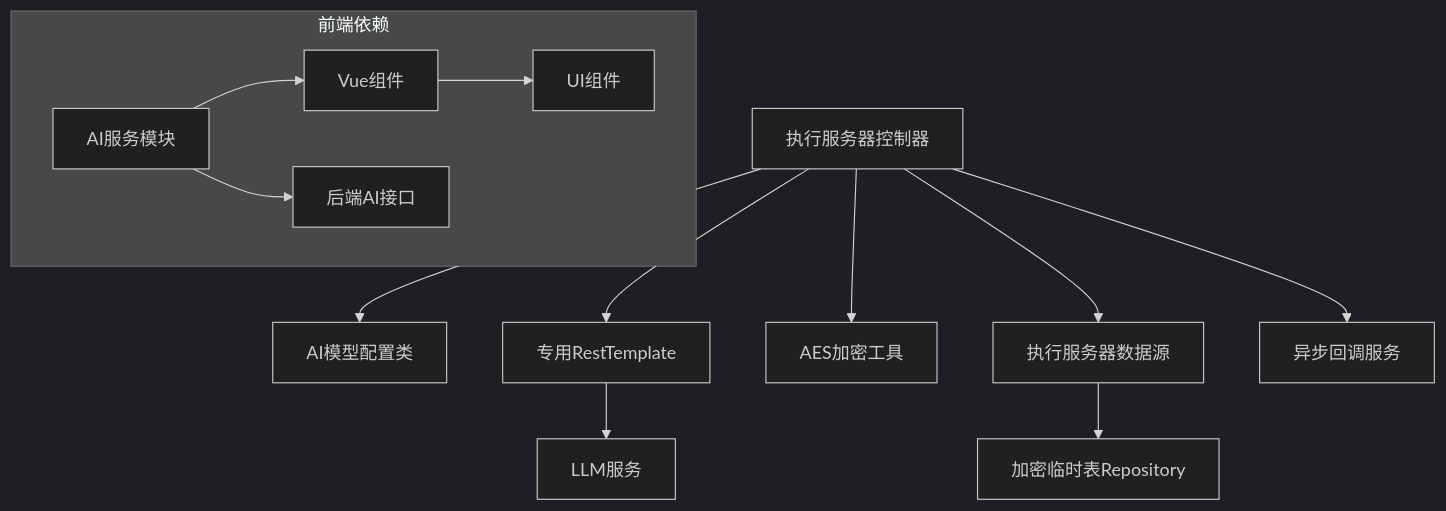
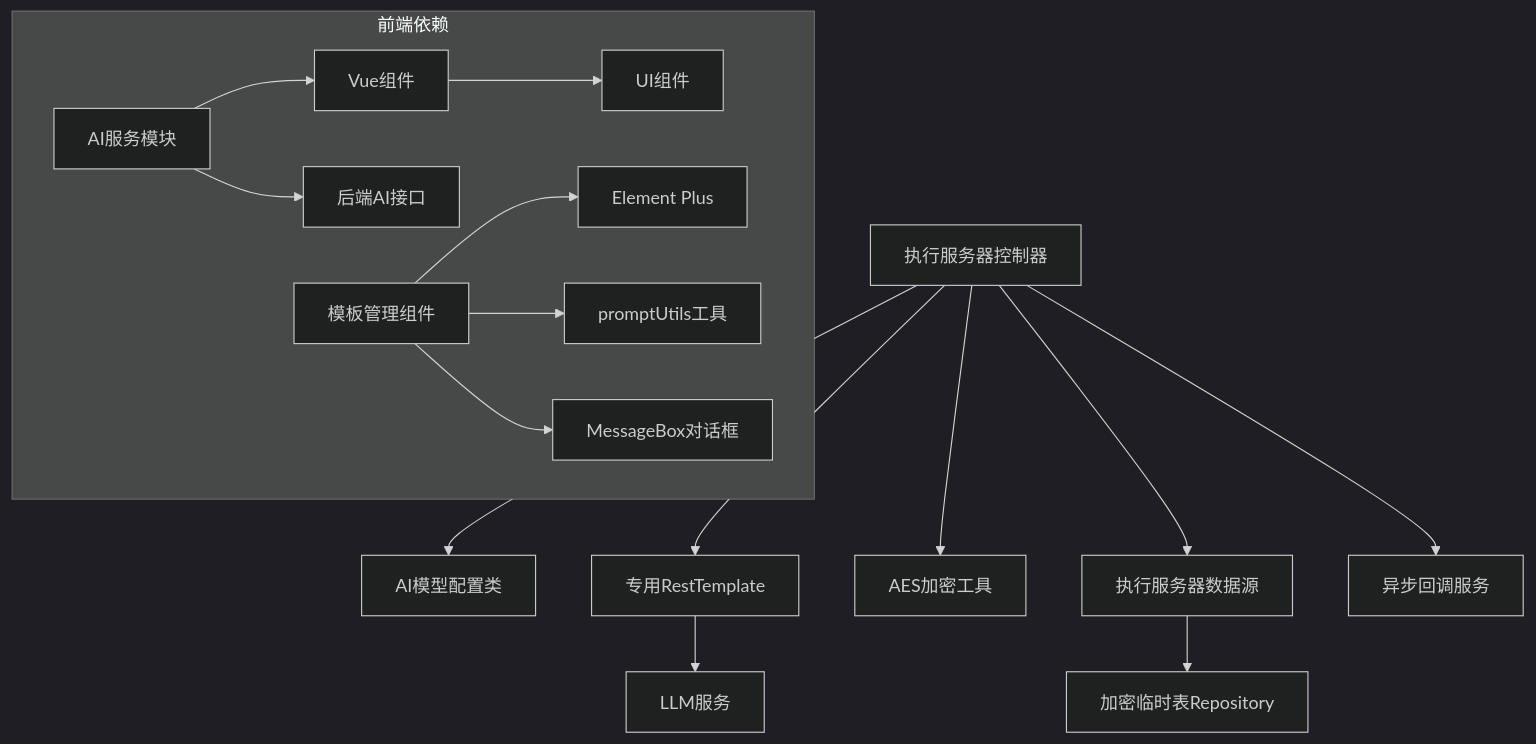
Before and after one commit to liuzh2008/med_ai_assistant_workspace: the eighth of 8 diagrams in .qoder/repowiki/zh/content/核心功能模块/AI诊断辅助系统.md, drawn with Mermaid (dark theme). The commit also changed other lines of this file and 2 other files, not shown here.

````diff
--- a/.qoder/repowiki/zh/content/核心功能模块/AI诊断辅助系统.md
+++ b/.qoder/repowiki/zh/content/核心功能模块/AI诊断辅助系统.md
@@ -319,15 +402,18 @@
 ```mermaid
 graph TB
 Controller["执行服务器控制器"] --> Config["AI模型配置类"]
 Controller --> RestTemplate["专用RestTemplate"]
 Controller --> AES["AES加密工具"]
 Controller --> DB["执行服务器数据源"]
 Controller --> Callback["异步回调服务"]
 RestTemplate --> LLM["LLM服务"]
 DB --> TempRepo["加密临时表Repository"]
 subgraph "前端依赖"
 AIService["AI服务模块"] --> VueComp["Vue组件"]
 AIService --> BackendAPI["后端AI接口"]
 VueComp --> UIComponents["UI组件"]
+TemplateComp["模板管理组件"] --> ElementPlus["Element Plus"]
+TemplateComp --> promptUtils["promptUtils工具"]
+TemplateComp --> MessageBox["MessageBox对话框"]
 end
 ```
````
